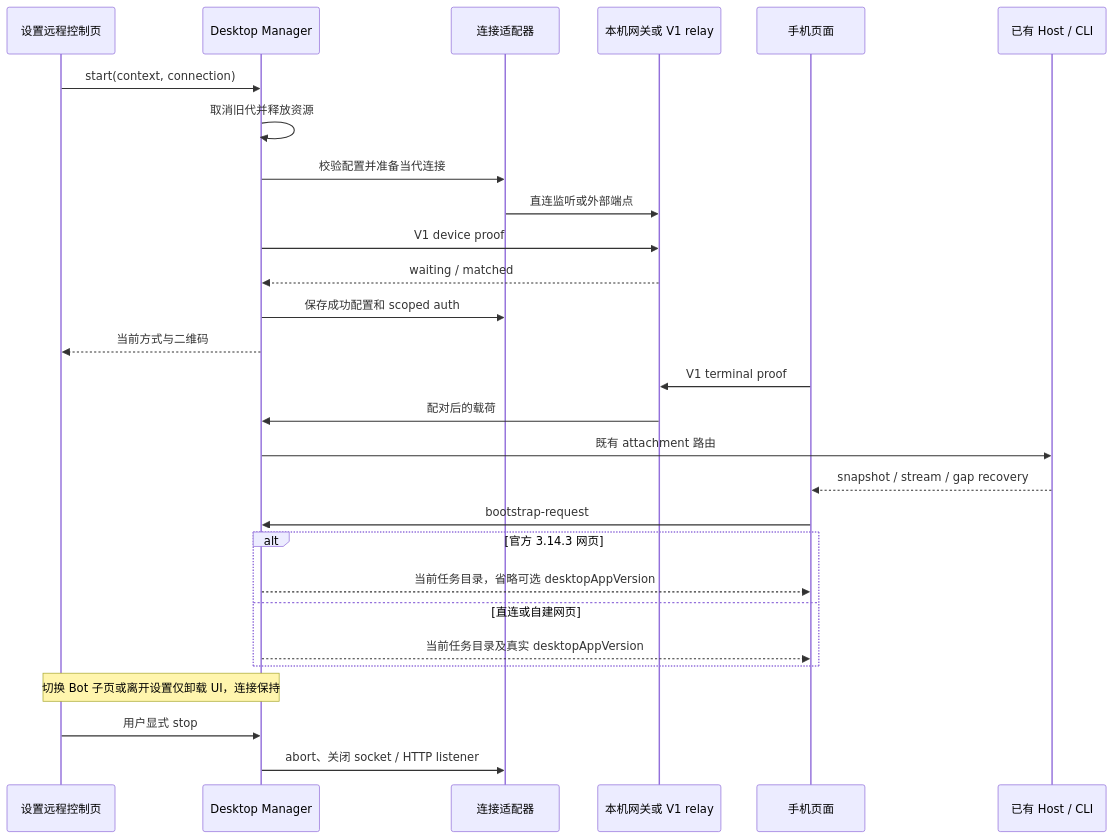
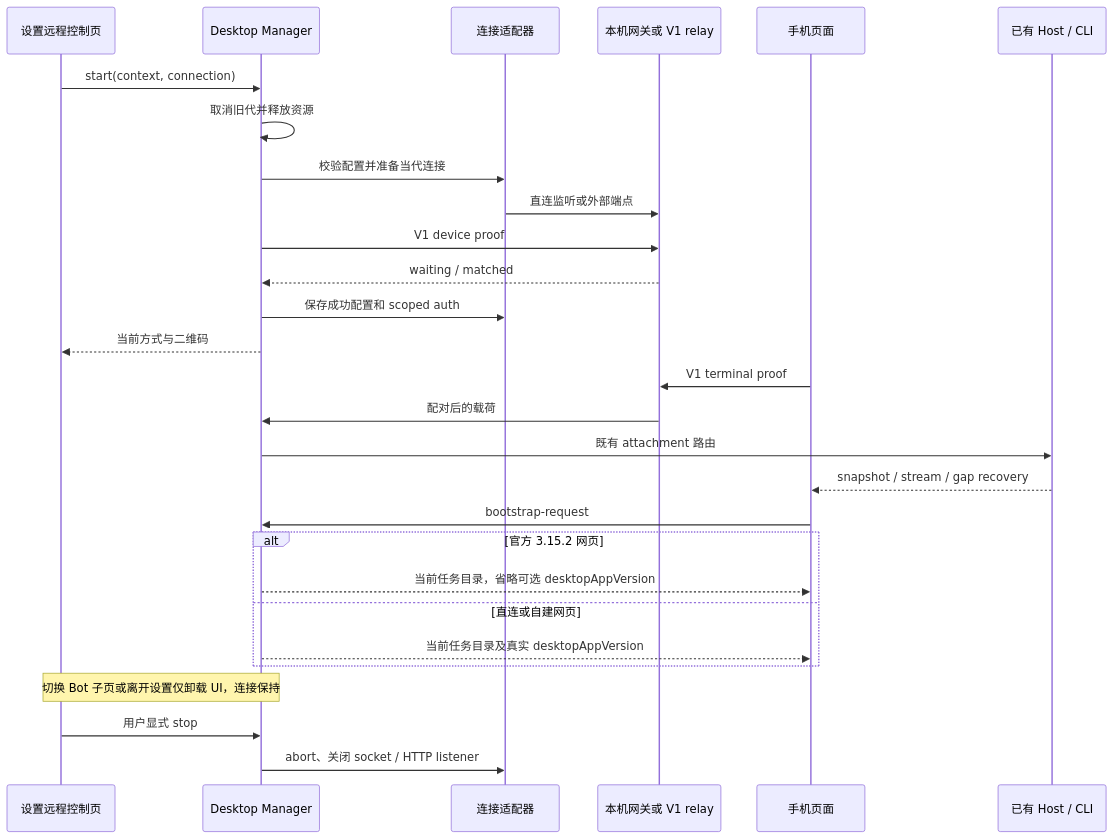
One commit to BlueSkyXN/OpenZWork changed the second of 2 diagrams in docs/web-remote-control/v1-connection-modes.md. Above: the diagram before and after it, drawn with Mermaid. The commit also changed other lines of this file and 12 other files, not shown here.

````diff
--- a/docs/web-remote-control/v1-connection-modes.md
+++ b/docs/web-remote-control/v1-connection-modes.md
@@ -59,30 +61,30 @@
 ```mermaid
 sequenceDiagram
     participant U as 设置远程控制页
     participant M as Desktop Manager
     participant C as 连接适配器
     participant R as 本机网关或 V1 relay
     participant P as 手机页面
     participant H as 已有 Host / CLI
     U->>M: start(context, connection)
     M->>M: 取消旧代并释放资源
     M->>C: 校验配置并准备当代连接
     C->>R: 直连监听或外部端点
     M->>R: V1 device proof
     R-->>M: waiting / matched
     M->>C: 保存成功配置和 scoped auth
     M-->>U: 当前方式与二维码
     P->>R: V1 terminal proof
     R->>M: 配对后的载荷
     M->>H: 既有 attachment 路由
     H-->>P: snapshot / stream / gap recovery
     P->>M: bootstrap-request
-    alt 官方 3.14.3 网页
+    alt 官方 3.15.2 网页
         M-->>P: 当前任务目录，省略可选 desktopAppVersion
     else 直连或自建网页
         M-->>P: 当前任务目录及真实 desktopAppVersion
     end
     Note over U,M: 切换 Bot 子页或离开设置仅卸载 UI，连接保持
     U->>M: 用户显式 stop
     M->>C: abort、关闭 socket / HTTP listener
 ```
````
